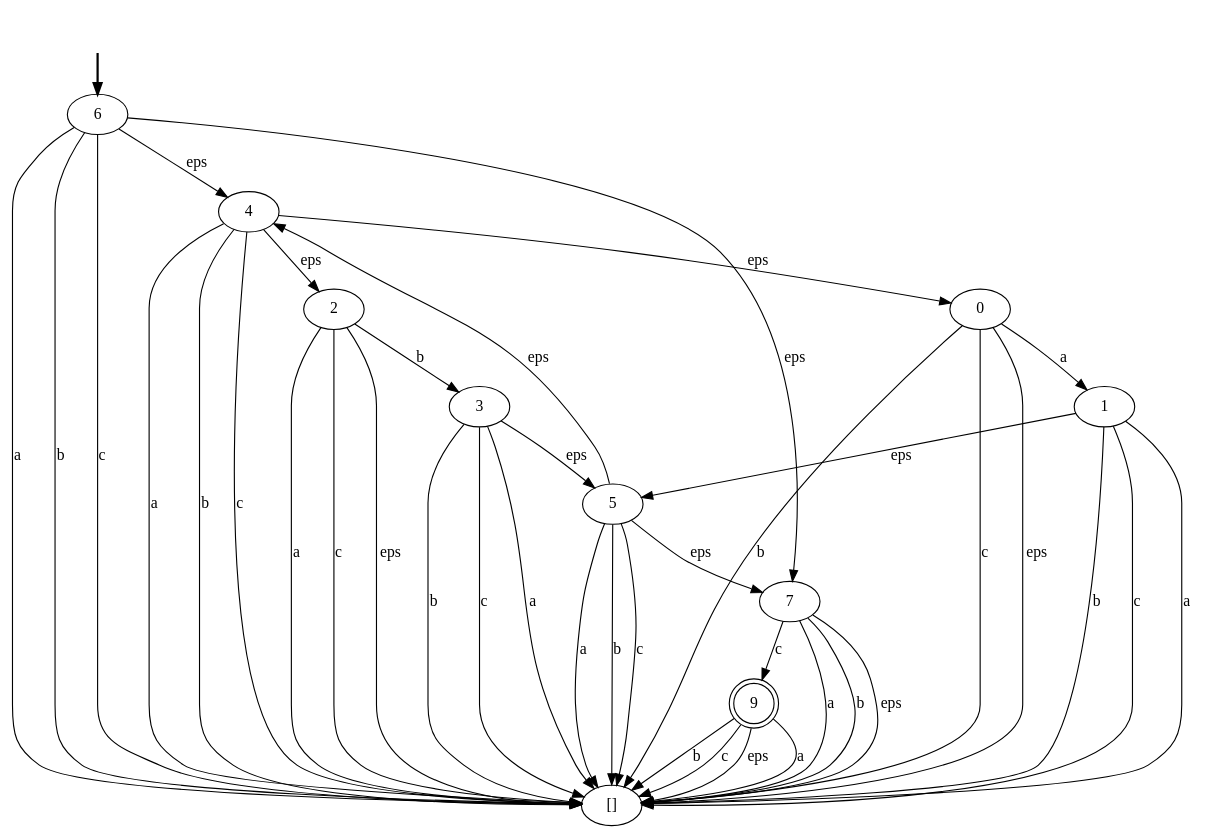
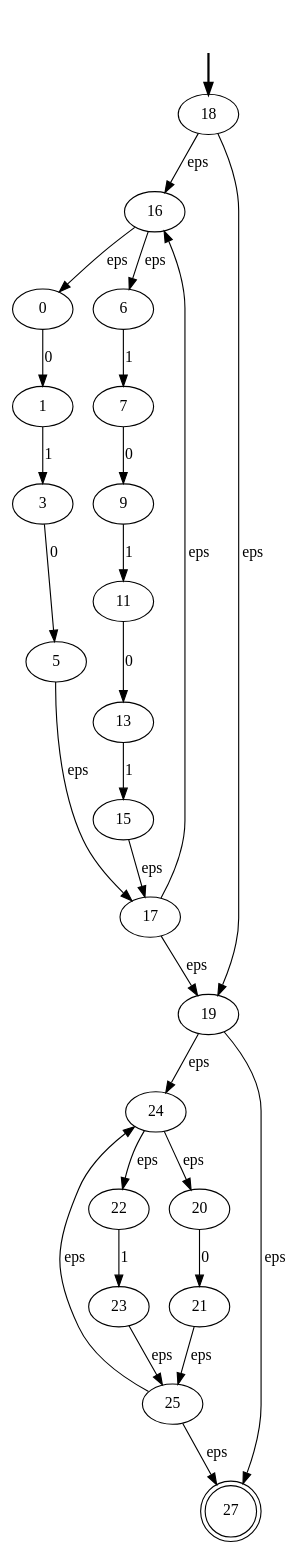
One commit to DPelagio/compiladores changed the diagram in nfa-output.dot. Above: the diagram before and after it, drawn with Graphviz. The commit also changed 8 other files, not shown here.

```diff
--- a/nfa-output.dot
+++ b/nfa-output.dot
@@ -1,52 +1,51 @@
 digraph {
 	fake0 [style=invisible]
-	6 [root=true]
+	0
+	15
+	16
+	13
+	7
+	22
+	11
+	1
+	18 [root=true]
+	6
+	25
+	20
+	19
+	24
+	23
 	3
-	9 [shape=doublecircle]
-	0
-	4
-	2
 	5
-	1
-	7
-	fake0 -> 6 [style=bold]
-	0 -> 1 [label=a]
-	0 -> "[]" [label=b]
-	0 -> "[]" [label=c]
-	0 -> "[]" [label=eps]
-	2 -> "[]" [label=a]
-	2 -> 3 [label=b]
-	2 -> "[]" [label=c]
-	2 -> "[]" [label=eps]
-	4 -> "[]" [label=a]
-	4 -> "[]" [label=b]
-	4 -> "[]" [label=c]
-	4 -> 0 [label=eps]
-	4 -> 2 [label=eps]
-	3 -> "[]" [label=a]
-	3 -> "[]" [label=b]
-	3 -> "[]" [label=c]
-	3 -> 5 [label=eps]
-	1 -> "[]" [label=a]
-	1 -> "[]" [label=b]
-	1 -> "[]" [label=c]
-	1 -> 5 [label=eps]
-	6 -> "[]" [label=a]
-	6 -> "[]" [label=b]
-	6 -> "[]" [label=c]
-	6 -> 4 [label=eps]
-	6 -> 7 [label=eps]
-	5 -> "[]" [label=a]
-	5 -> "[]" [label=b]
-	5 -> "[]" [label=c]
-	5 -> 4 [label=eps]
-	5 -> 7 [label=eps]
-	7 -> "[]" [label=a]
-	7 -> "[]" [label=b]
-	7 -> 9 [label=c]
-	7 -> "[]" [label=eps]
-	9 -> "[]" [label=a]
-	9 -> "[]" [label=b]
-	9 -> "[]" [label=c]
-	9 -> "[]" [label=eps]
+	27 [shape=doublecircle]
+	17
+	21
+	9
+	fake0 -> 18 [style=bold]
+	0 -> 1 [label=0]
+	1 -> 3 [label=1]
+	3 -> 5 [label=0]
+	6 -> 7 [label=1]
+	7 -> 9 [label=0]
+	9 -> 11 [label=1]
+	11 -> 13 [label=0]
+	13 -> 15 [label=1]
+	16 -> 0 [label=eps]
+	16 -> 6 [label=eps]
+	15 -> 17 [label=eps]
+	5 -> 17 [label=eps]
+	18 -> 19 [label=eps]
+	18 -> 16 [label=eps]
+	17 -> 19 [label=eps]
+	17 -> 16 [label=eps]
+	20 -> 21 [label=0]
+	22 -> 23 [label=1]
+	24 -> 20 [label=eps]
+	24 -> 22 [label=eps]
+	23 -> 25 [label=eps]
+	21 -> 25 [label=eps]
+	19 -> 27 [label=eps]
+	19 -> 24 [label=eps]
+	25 -> 27 [label=eps]
+	25 -> 24 [label=eps]
 }
```
